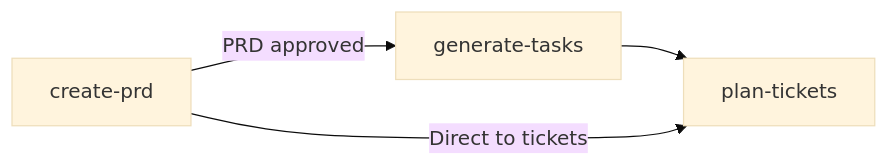
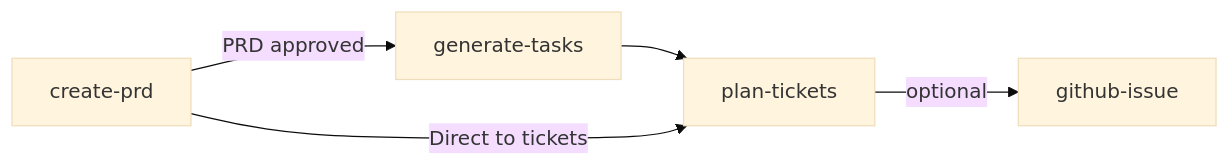
The first of 2 diagrams in README.md (igmarin/agnostic-planning-skills), drawn with Mermaid (base theme) before and after one commit. The commit also changed other lines of this file and 6 other files, not shown here.

Commit message:
docs: add github-issue skill and update references

````diff
--- a/README.md
+++ b/README.md
@@ -82,6 +82,7 @@
 ```mermaid
 graph LR
     A[create-prd] -->|PRD approved| B[generate-tasks]
     B --> C[plan-tickets]
+    C -->|optional| D[github-issue]
     A -->|Direct to tickets| C
 ```
````
